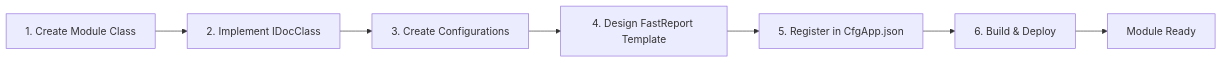
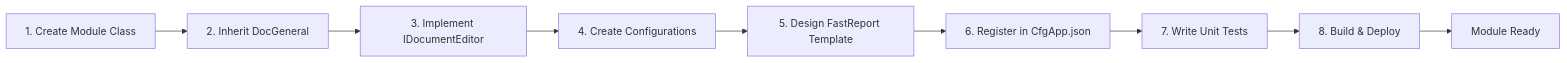
One commit to tn-ivk/tn-doc changed the tenth of 10 diagrams in docs/architecture/document-modules.md. Above: the diagram before and after it, drawn with Mermaid. The commit also changed other lines of this file and 6 other files, not shown here.

````diff
--- a/docs/architecture/document-modules.md
+++ b/docs/architecture/document-modules.md
@@ -443,9 +644,11 @@
 ```mermaid
 flowchart LR
-    A[1. Create Module Class] --> B[2. Implement IDocClass]
-    B --> C[3. Create Configurations]
-    C --> D[4. Design FastReport Template]
-    D --> E[5. Register in CfgApp.json]
-    E --> F[6. Build & Deploy]
-    F --> G[Module Ready]
+    A[1. Create Module Class] --> B[2. Inherit DocGeneral]
+    B --> C[3. Implement IDocumentEditor]
+    C --> D[4. Create Configurations]
+    D --> E[5. Design FastReport Template]
+    E --> F[6. Register in CfgApp.json]
+    F --> G[7. Write Unit Tests]
+    G --> H[8. Build & Deploy]
+    H --> I[Module Ready]
 ```
````
